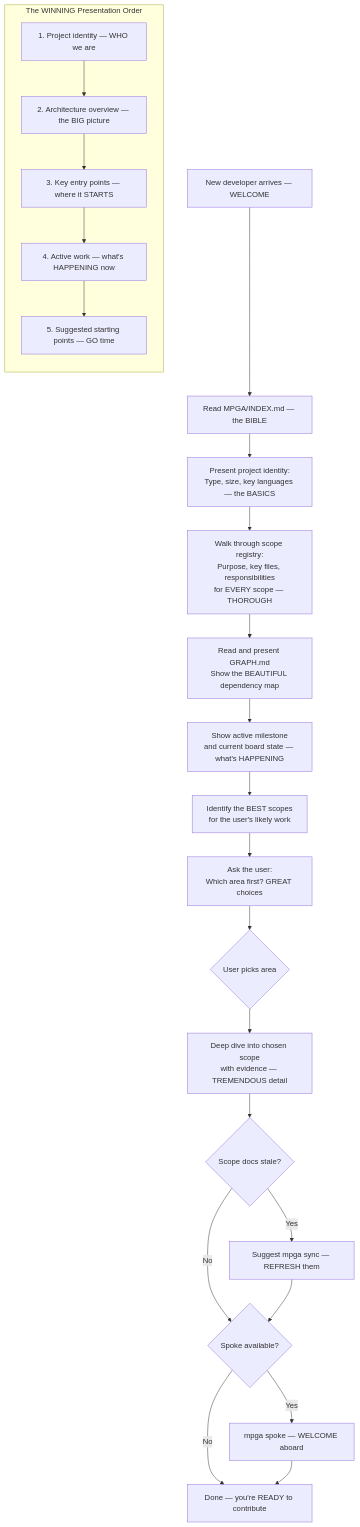
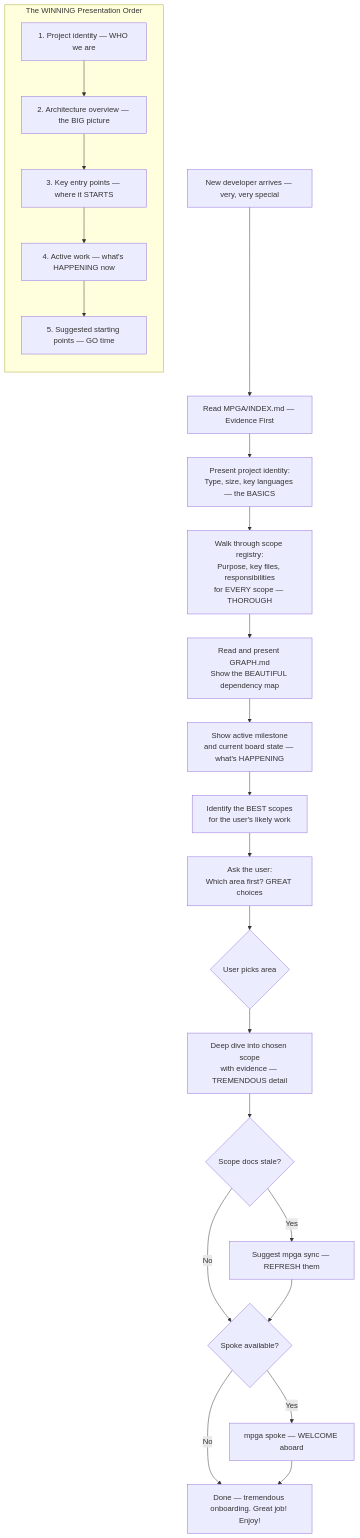
Before and after one commit to benrben/MPGA: the diagram in docs/diagrams/skills/onboard.md, drawn with Mermaid. The commit also changed other lines of this file and 80 other files, not shown here.

````diff
--- a/docs/diagrams/skills/onboard.md
+++ b/docs/diagrams/skills/onboard.md
@@ -5,31 +5,31 @@
 ```mermaid
 flowchart TD
-    A[New developer arrives — WELCOME] --> B[Read MPGA/INDEX.md — the BIBLE]
+    A[New developer arrives — very, very special] --> B[Read MPGA/INDEX.md — Evidence First]
     B --> C["Present project identity:\nType, size, key languages — the BASICS"]
     C --> D["Walk through scope registry:\nPurpose, key files, responsibilities\nfor EVERY scope — THOROUGH"]
     D --> E[Read and present GRAPH.md\nShow the BEAUTIFUL dependency map]
     E --> F["Show active milestone\nand current board state — what's HAPPENING"]
     F --> G["Identify the BEST scopes\nfor the user's likely work"]
     G --> H["Ask the user:\nWhich area first? GREAT choices"]
 
     H --> I{User picks area}
     I --> J[Deep dive into chosen scope\nwith evidence — TREMENDOUS detail]
 
     subgraph "The WINNING Presentation Order"
         direction TB
         P1["1. Project identity — WHO we are"]
         P2["2. Architecture overview — the BIG picture"]
         P3["3. Key entry points — where it STARTS"]
         P4["4. Active work — what's HAPPENING now"]
         P5["5. Suggested starting points — GO time"]
         P1 --> P2 --> P3 --> P4 --> P5
     end
 
     J --> K{Scope docs stale?}
     K -->|Yes| L[Suggest mpga sync — REFRESH them]
     K -->|No| M{Spoke available?}
     L --> M
     M -->|Yes| N[mpga spoke — WELCOME aboard]
-    M -->|No| O[Done — you're READY to contribute]
+    M -->|No| O[Done — tremendous onboarding. Great job! Enjoy!]
     N --> O
 ```
````
